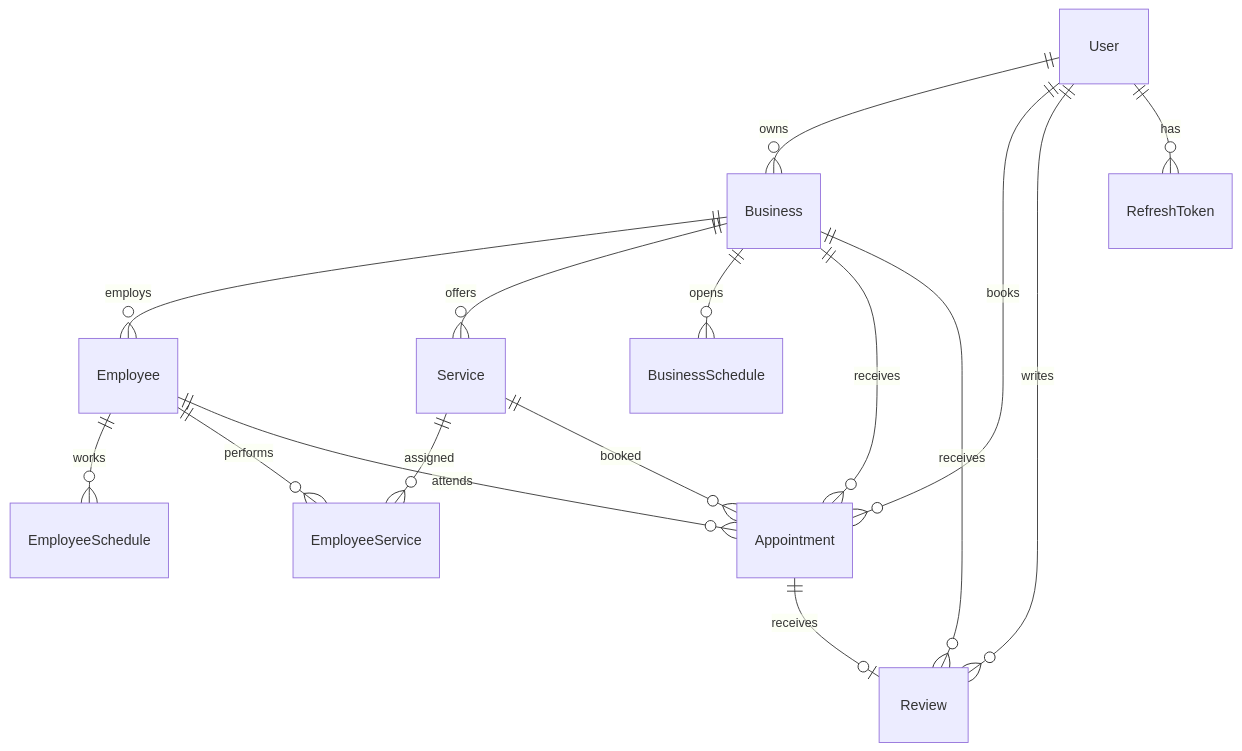
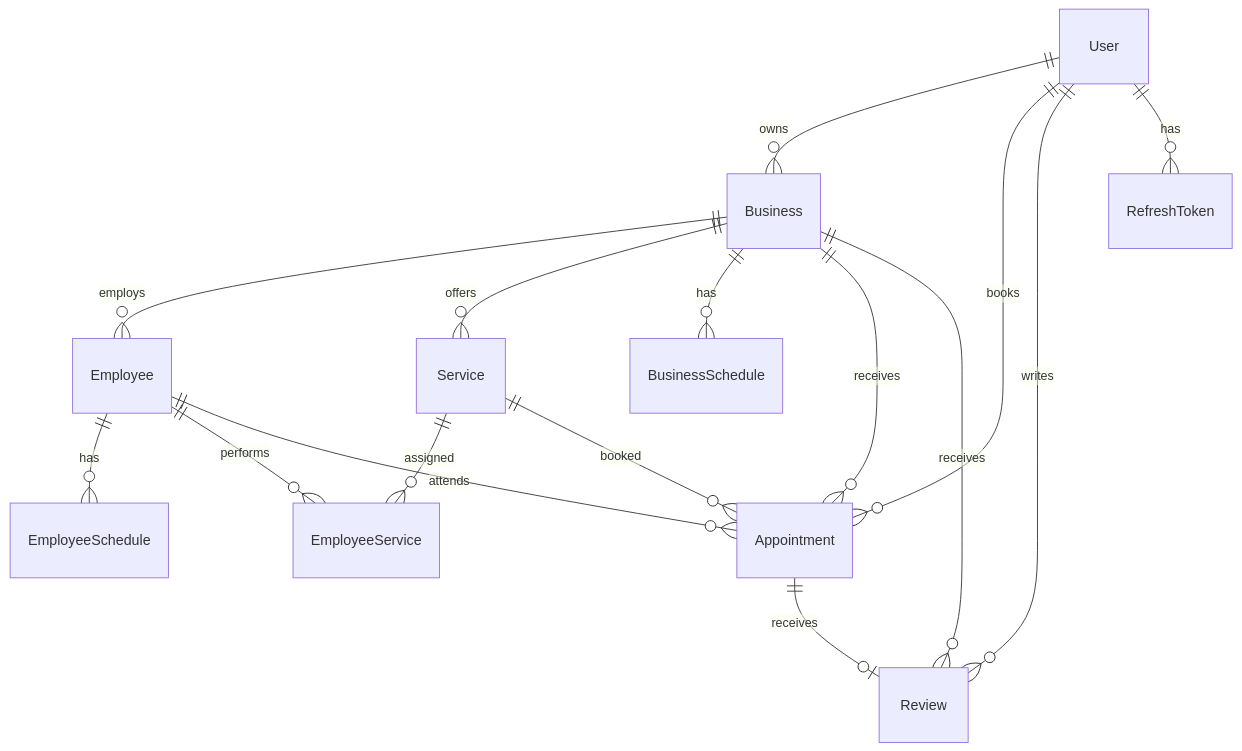
One commit to Viths3/BooklyPro changed the diagram in README.md. Above: the diagram before and after it, drawn with Mermaid. The commit also changed other lines of this file, not shown here.

````diff
--- a/README.md
+++ b/README.md
@@ -202,18 +217,22 @@
 ```mermaid
 erDiagram
-  User ||--o{ Business : owns
-  User ||--o{ Appointment : books
-  User ||--o{ Review : writes
-  User ||--o{ RefreshToken : has
-  Business ||--o{ Employee : employs
-  Business ||--o{ Service : offers
-  Business ||--o{ BusinessSchedule : opens
-  Business ||--o{ Appointment : receives
-  Business ||--o{ Review : receives
-  Employee ||--o{ EmployeeSchedule : works
-  Employee ||--o{ EmployeeService : performs
-  Service ||--o{ EmployeeService : assigned
-  Employee ||--o{ Appointment : attends
-  Service ||--o{ Appointment : booked
-  Appointment ||--o| Review : receives
+    User ||--o{ Business : owns
+    User ||--o{ Appointment : books
+    User ||--o{ Review : writes
+    User ||--o{ RefreshToken : has
+
+    Business ||--o{ Employee : employs
+    Business ||--o{ Service : offers
+    Business ||--o{ BusinessSchedule : has
+    Business ||--o{ Appointment : receives
+    Business ||--o{ Review : receives
+
+    Employee ||--o{ EmployeeSchedule : has
+    Employee ||--o{ EmployeeService : performs
+    Employee ||--o{ Appointment : attends
+
+    Service ||--o{ EmployeeService : assigned
+    Service ||--o{ Appointment : booked
+
+    Appointment ||--o| Review : receives
 ```
````
